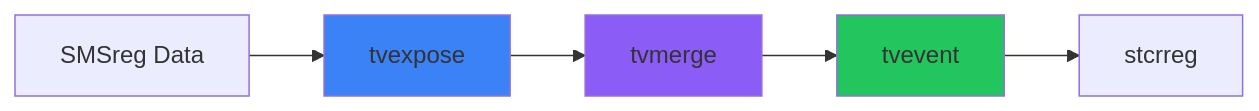
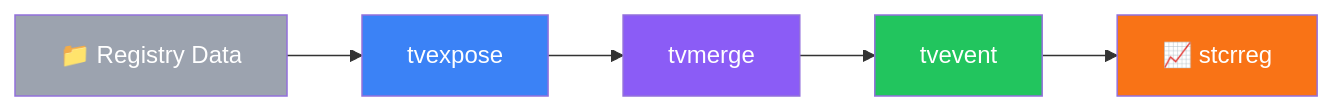
Before and after one commit to tpcopeland/Stata-Tools: the diagram in tvtools/tvtools_presentation.md, drawn with Mermaid. The commit also changed other lines of this file, not shown here.

````diff
--- a/tvtools/tvtools_presentation.md
+++ b/tvtools/tvtools_presentation.md
@@ -293,10 +300,12 @@
 ```mermaid {scale: 0.8}
 graph LR
-    A[SMSreg Data] --> B[tvexpose]
+    A[📁 Registry Data] --> B[tvexpose]
     B --> C[tvmerge]
     C --> D[tvevent]
-    D --> E[stcrreg]
-    style B fill:#3b82f6
-    style C fill:#8b5cf6
-    style D fill:#22c55e
+    D --> E[📈 stcrreg]
+    style A fill:#9CA3AF,color:#fff
+    style B fill:#3b82f6,color:#fff
+    style C fill:#8b5cf6,color:#fff
+    style D fill:#22c55e,color:#fff
+    style E fill:#F97316,color:#fff
 ```
````
